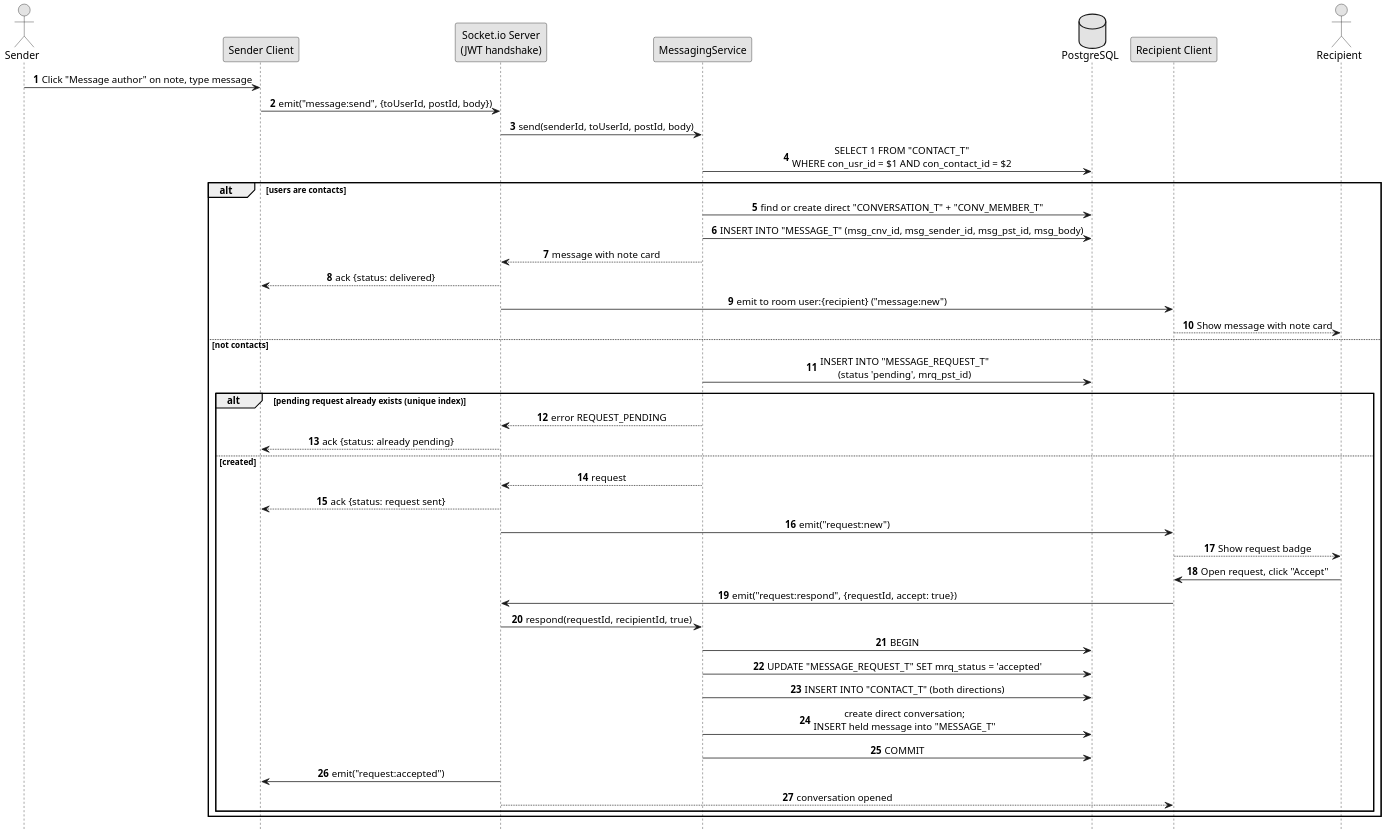
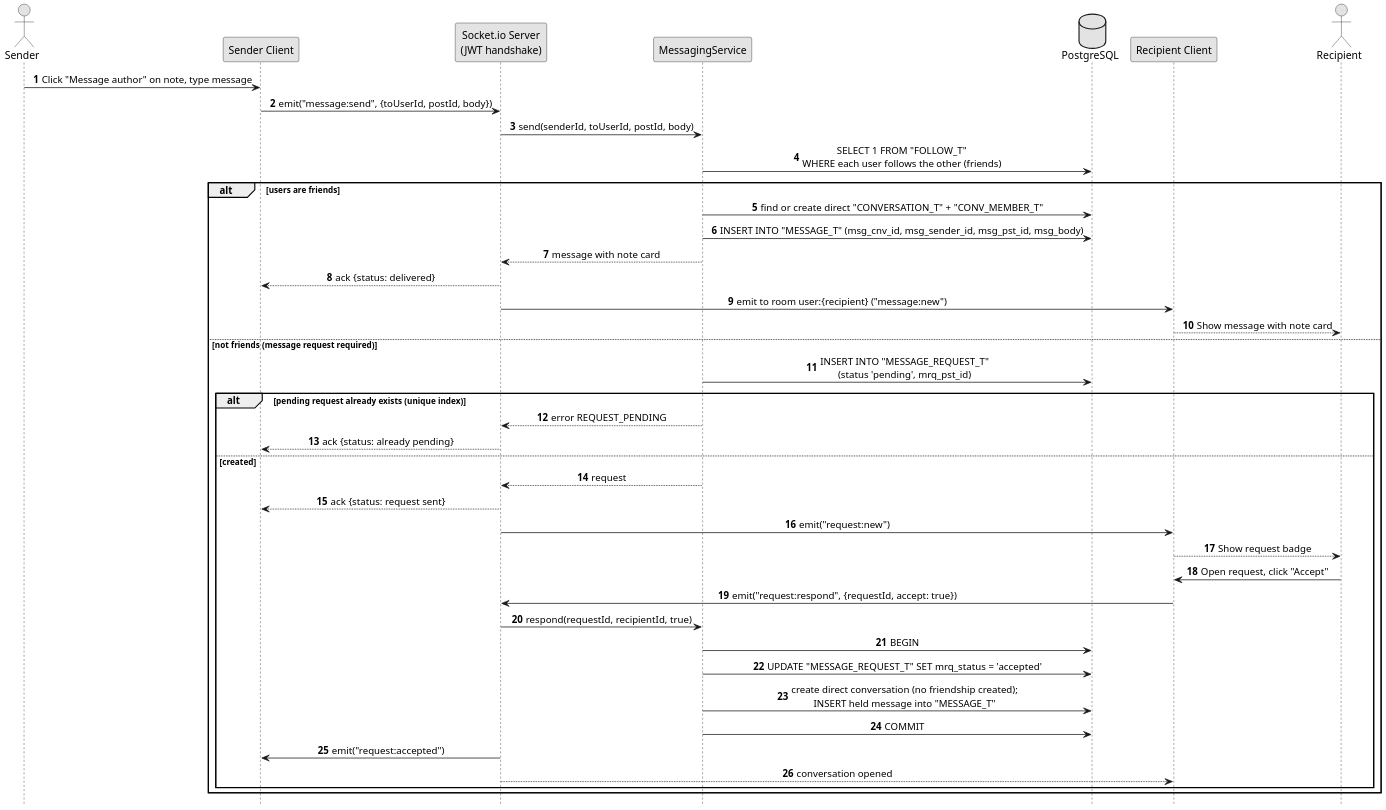
The diagram in docs/chapter4/diagrams/src/12_seq_message.puml (qicai14/NotaLah), drawn with PlantUML before and after one commit. The commit also changed 9 other files, not shown here.

First line of the commit message:
Update ERD and contact diagrams for follows, snapshot, rate limit

```diff
--- a/docs/chapter4/diagrams/src/12_seq_message.puml
+++ b/docs/chapter4/diagrams/src/12_seq_message.puml
@@ -1,50 +1,49 @@
 @startuml seq_post_anchored_message
 skinparam shadowing false
 skinparam monochrome true
 skinparam defaultFontName Arial
 skinparam dpi 170
 skinparam sequenceMessageAlign center
 autonumber
 hide footbox
 actor "Sender" as S
 participant "Sender Client" as SC
 participant "Socket.io Server\n(JWT handshake)" as IO
 participant "MessagingService" as MS
 database "PostgreSQL" as DB
 participant "Recipient Client" as RC
 actor "Recipient" as R
 
 S -> SC : Click "Message author" on note, type message
 SC -> IO : emit("message:send", {toUserId, postId, body})
 IO -> MS : send(senderId, toUserId, postId, body)
-MS -> DB : SELECT 1 FROM "CONTACT_T"\nWHERE con_usr_id = $1 AND con_contact_id = $2
-alt users are contacts
+MS -> DB : SELECT 1 FROM "FOLLOW_T"\nWHERE each user follows the other (friends)
+alt users are friends
   MS -> DB : find or create direct "CONVERSATION_T" + "CONV_MEMBER_T"
   MS -> DB : INSERT INTO "MESSAGE_T" (msg_cnv_id, msg_sender_id, msg_pst_id, msg_body)
   MS --> IO : message with note card
   IO --> SC : ack {status: delivered}
   IO -> RC : emit to room user:{recipient} ("message:new")
   RC --> R : Show message with note card
-else not contacts
+else not friends (message request required)
   MS -> DB : INSERT INTO "MESSAGE_REQUEST_T"\n(status 'pending', mrq_pst_id)
   alt pending request already exists (unique index)
     MS --> IO : error REQUEST_PENDING
     IO --> SC : ack {status: already pending}
   else created
     MS --> IO : request
     IO --> SC : ack {status: request sent}
     IO -> RC : emit("request:new")
     RC --> R : Show request badge
     R -> RC : Open request, click "Accept"
     RC -> IO : emit("request:respond", {requestId, accept: true})
     IO -> MS : respond(requestId, recipientId, true)
     MS -> DB : BEGIN
     MS -> DB : UPDATE "MESSAGE_REQUEST_T" SET mrq_status = 'accepted'
-    MS -> DB : INSERT INTO "CONTACT_T" (both directions)
-    MS -> DB : create direct conversation;\nINSERT held message into "MESSAGE_T"
+    MS -> DB : create direct conversation (no friendship created);\nINSERT held message into "MESSAGE_T"
     MS -> DB : COMMIT
     IO -> SC : emit("request:accepted")
     IO --> RC : conversation opened
   end
 end
 @enduml
```
